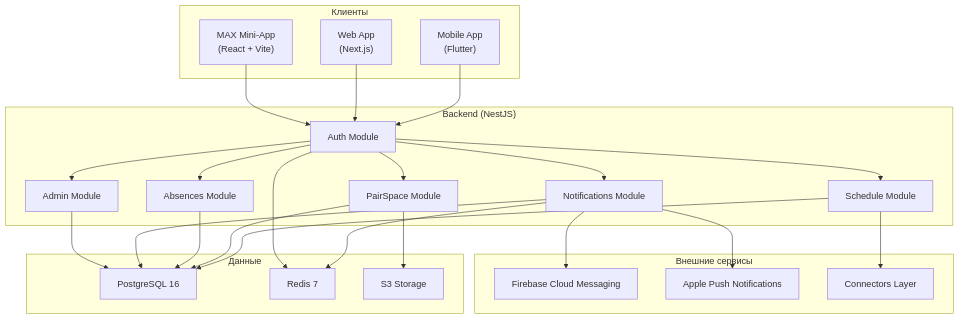
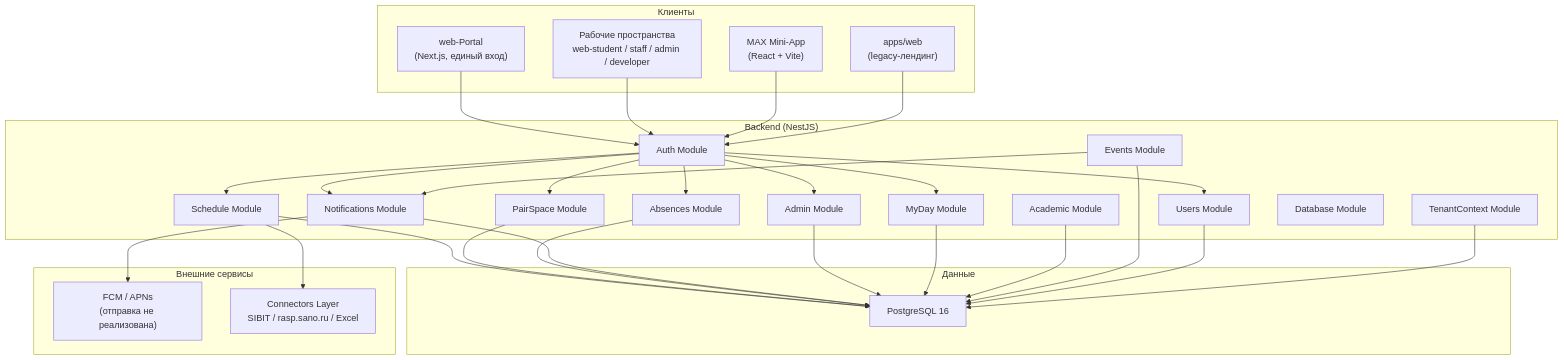
One commit to DeminLab/NaPare changed the first of 3 diagrams in docs/architecture/system-overview.md. Above: the diagram before and after it, drawn with Mermaid. The commit also changed other lines of this file and 91 other files, not shown here.

````diff
--- a/docs/architecture/system-overview.md
+++ b/docs/architecture/system-overview.md
@@ -5,53 +5,61 @@
 ```mermaid
 graph TB
     subgraph Clients["Клиенты"]
-        Mobile["Mobile App<br/>(Flutter)"]
-        Web["Web App<br/>(Next.js)"]
+        Portal["web-Portal<br/>(Next.js, единый вход)"]
+        Web["Рабочие пространства<br/>web-student / staff / admin / developer"]
         MAX["MAX Mini-App<br/>(React + Vite)"]
+        Legacy["apps/web<br/>(legacy-лендинг)"]
     end
 
     subgraph Backend["Backend (NestJS)"]
         Auth["Auth Module"]
+        Users["Users Module"]
         Schedule["Schedule Module"]
         PairSpace["PairSpace Module"]
         Absences["Absences Module"]
         Notifications["Notifications Module"]
         Admin["Admin Module"]
+        MyDay["MyDay Module"]
+        Academic["Academic Module"]
+        Events["Events Module"]
+        Tenant["TenantContext Module"]
+        DBMod["Database Module"]
     end
 
     subgraph Data["Данные"]
         PG["PostgreSQL 16"]
-        Redis["Redis 7"]
-        S3["S3 Storage"]
     end
 
     subgraph External["Внешние сервисы"]
-        FCM["Firebase Cloud Messaging"]
-        APNs["Apple Push Notifications"]
-        Connectors["Connectors Layer"]
+        FCM["FCM / APNs<br/>(отправка не реализована)"]
+        Connectors["Connectors Layer<br/>SIBIT / rasp.sano.ru / Excel"]
     end
 
-    Mobile --> Auth
+    Portal --> Auth
     Web --> Auth
     MAX --> Auth
+    Legacy --> Auth
 
+    Auth --> Users
     Auth --> Schedule
     Auth --> PairSpace
     Auth --> Absences
     Auth --> Notifications
     Auth --> Admin
+    Auth --> MyDay
 
     Schedule --> PG
     PairSpace --> PG
     Absences --> PG
     Notifications --> PG
     Admin --> PG
-
-    PairSpace --> S3
-    Notifications --> Redis
-    Auth --> Redis
+    MyDay --> PG
+    Academic --> PG
+    Events --> PG
+    Users --> PG
+    Tenant --> PG
 
     Notifications --> FCM
-    Notifications --> APNs
     Schedule --> Connectors
+    Events --> Notifications
 ```
````
